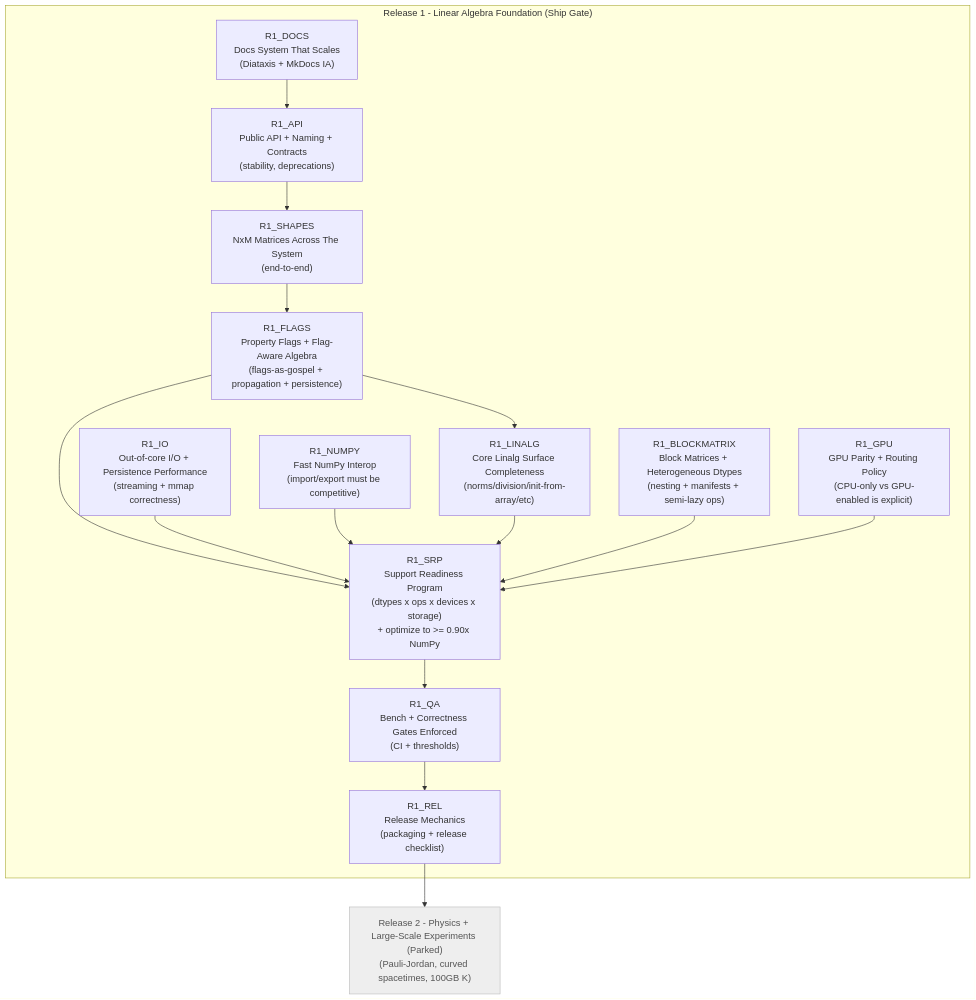
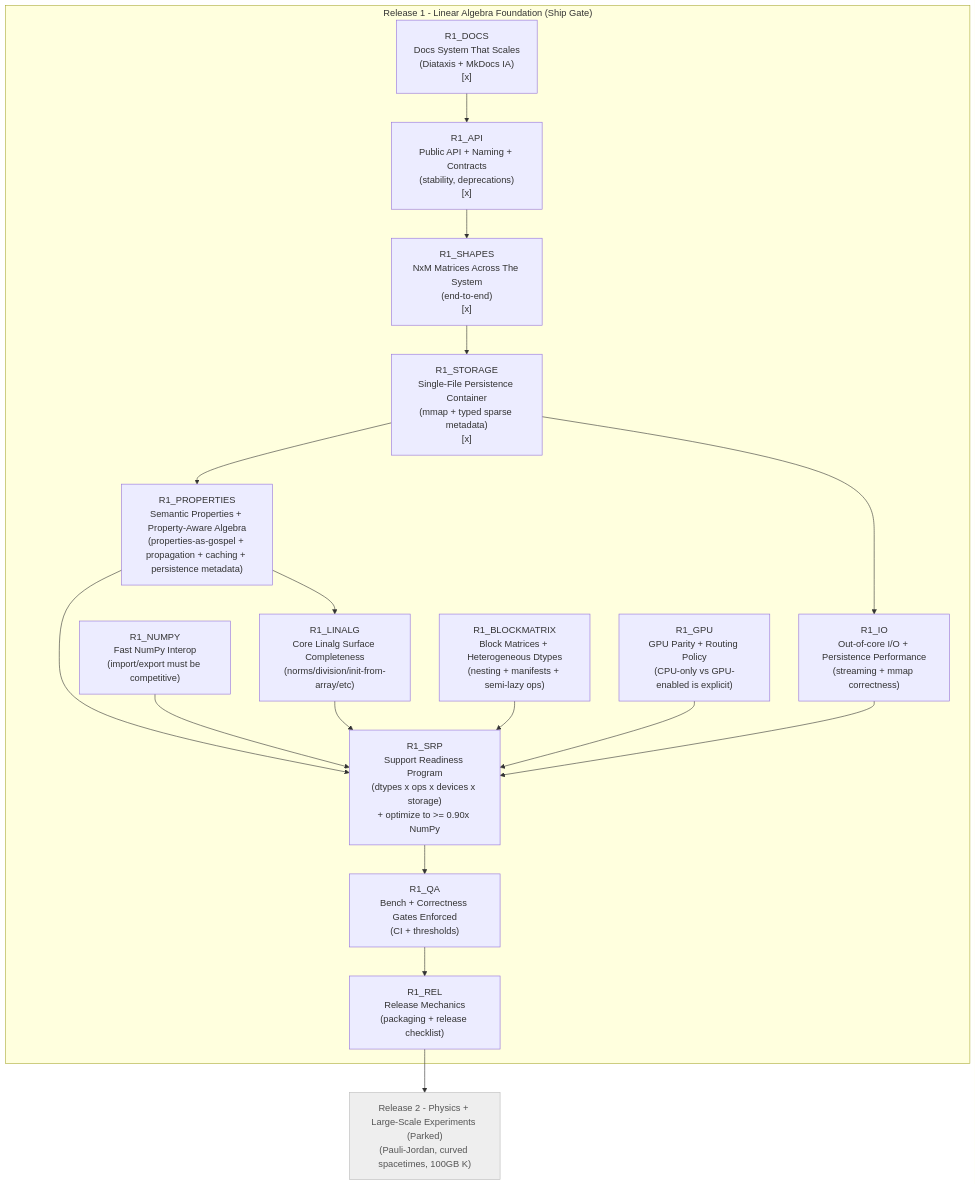
The diagram in documentation/internals/plans/TODO.md (BrorH/pycauset), drawn with Mermaid before and after one commit. The commit also changed other lines of this file and 114 other files, not shown here.

Commit message:
Updated file storage format, started block matrices

````diff
--- a/documentation/internals/plans/TODO.md
+++ b/documentation/internals/plans/TODO.md
@@ -74,39 +85,43 @@
 ```mermaid
 flowchart TD
     %% Canonical roadmap: node IDs are stable.
     %% Release 1 is the main path; Release 2 (physics) is intentionally parked.
 
     subgraph R1["Release 1 - Linear Algebra Foundation (Ship Gate)"]
-        R1_DOCS["R1_DOCS<br/>Docs System That Scales<br/>(Diataxis + MkDocs IA)"]
-        R1_API["R1_API<br/>Public API + Naming + Contracts<br/>(stability, deprecations)"]
-        R1_SHAPES["R1_SHAPES<br/>NxM Matrices Across The System<br/>(end-to-end)"]
-        R1_FLAGS["R1_FLAGS<br/>Property Flags + Flag-Aware Algebra<br/>(flags-as-gospel + propagation + persistence)"]
+        R1_DOCS["R1_DOCS<br/>Docs System That Scales<br/>(Diataxis + MkDocs IA)<br/>[x]"]
+        R1_API["R1_API<br/>Public API + Naming + Contracts<br/>(stability, deprecations)<br/>[x]"]
+        R1_SHAPES["R1_SHAPES<br/>NxM Matrices Across The System<br/>(end-to-end)<br/>[x]"]
+        R1_STORAGE["R1_STORAGE<br/>Single-File Persistence Container<br/>(mmap + typed sparse metadata)<br/>[x]"]
+        R1_PROPERTIES["R1_PROPERTIES<br/>Semantic Properties + Property-Aware Algebra<br/>(properties-as-gospel + propagation + caching + persistence metadata)"]
         R1_SRP["R1_SRP<br/>Support Readiness Program<br/>(dtypes x ops x devices x storage)<br/>+ optimize to >= 0.90x NumPy"]
         R1_IO["R1_IO<br/>Out-of-core I/O + Persistence Performance<br/>(streaming + mmap correctness)"]
         R1_NUMPY["R1_NUMPY<br/>Fast NumPy Interop<br/>(import/export must be competitive)"]
         R1_LINALG["R1_LINALG<br/>Core Linalg Surface Completeness<br/>(norms/division/init-from-array/etc)"]
         R1_BLOCKMATRIX["R1_BLOCKMATRIX<br/>Block Matrices + Heterogeneous Dtypes<br/>(nesting + manifests + semi-lazy ops)"]
         R1_GPU["R1_GPU<br/>GPU Parity + Routing Policy<br/>(CPU-only vs GPU-enabled is explicit)"]
         R1_QA["R1_QA<br/>Bench + Correctness Gates Enforced<br/>(CI + thresholds)"]
         R1_REL["R1_REL<br/>Release Mechanics<br/>(packaging + release checklist)"]
     end
 
     %% Main dependency chain (the path)
-    R1_DOCS --> R1_API --> R1_SHAPES --> R1_FLAGS --> R1_SRP --> R1_QA --> R1_REL
+    R1_DOCS --> R1_API --> R1_SHAPES --> R1_STORAGE --> R1_PROPERTIES --> R1_SRP --> R1_QA --> R1_REL
 
     %% Parallel prerequisites feeding SRP/QA
     R1_IO --> R1_SRP
     R1_NUMPY --> R1_SRP
     R1_LINALG --> R1_SRP
     R1_BLOCKMATRIX --> R1_SRP
     R1_GPU --> R1_SRP
 
-    %% Flags feed linalg correctness/dispatch (and therefore SRP)
-    R1_FLAGS --> R1_LINALG
+    %% Storage also feeds IO directly
+    R1_STORAGE --> R1_IO
+
+    %% Properties feed linalg correctness/dispatch (and therefore SRP)
+    R1_PROPERTIES --> R1_LINALG
 
     %% Post-R1: physics release parked (not detailed here)
     R2_PHYS["Release 2 - Physics + Large-Scale Experiments (Parked)<br/>(Pauli-Jordan, curved spacetimes, 100GB K)"]:::parked
     R1_REL --> R2_PHYS
 
     classDef parked fill:#eee,stroke:#bbb,color:#555
 ```
````
